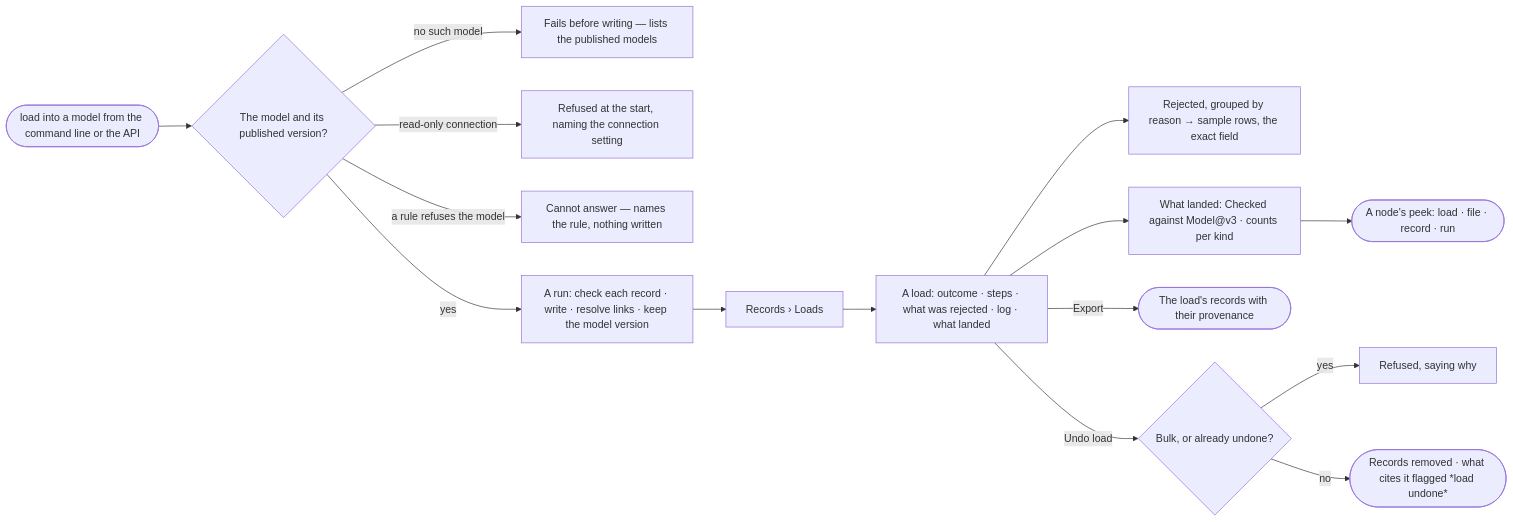
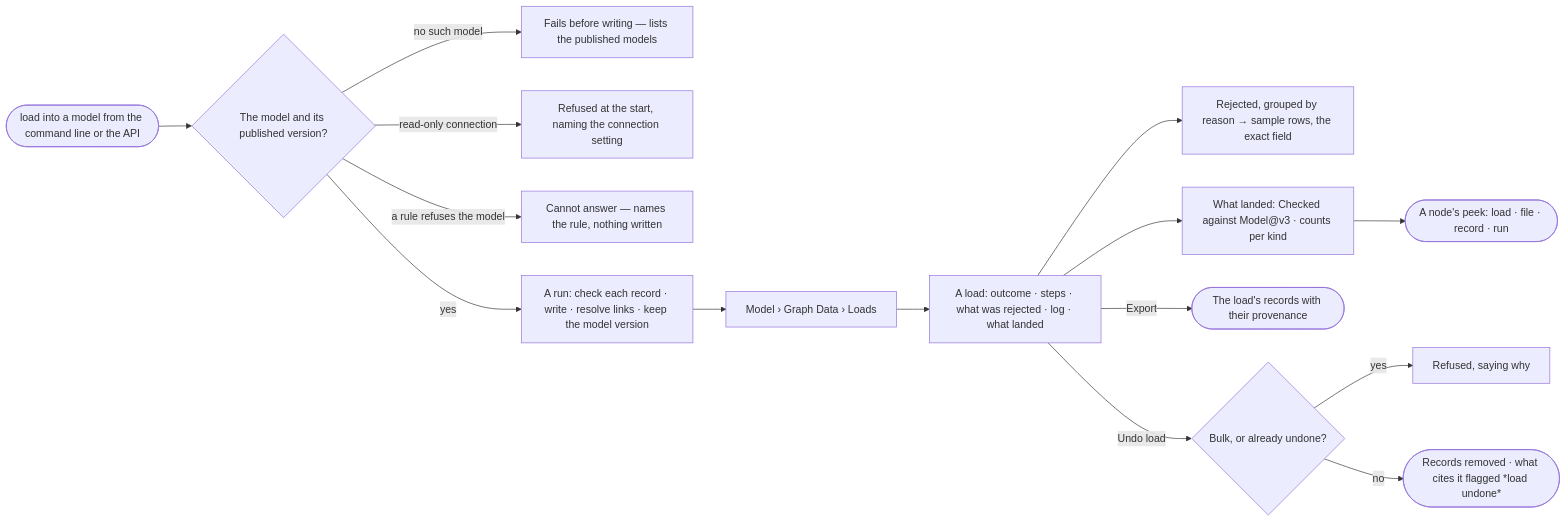
The diagram in specs/capabilities/records/features/RC-F02-bring-records-in/stories/RC-09-see-every-load-and-what-it-rejected/story.md (invana/invana), drawn with Mermaid before and after one commit. The commit also changed 133 other files, not shown here.

````diff
--- a/specs/capabilities/records/features/RC-F02-bring-records-in/stories/RC-09-see-every-load-and-what-it-rejected/story.md
+++ b/specs/capabilities/records/features/RC-F02-bring-records-in/stories/RC-09-see-every-load-and-what-it-rejected/story.md
@@ -29,17 +29,17 @@
 ```mermaid
 flowchart LR
   c([load into a model from the command line or the API]) --> mv{"The model and its published version?"}
   mv -->|no such model| x1["Fails before writing — lists the published models"]
   mv -->|read-only connection| x2["Refused at the start, naming the connection setting"]
   mv -->|a rule refuses the model| x3["Cannot answer — names the rule, nothing written"]
   mv -->|yes| r["A run: check each record · write · resolve links · keep the model version"]
-  r --> imp["Records › Loads"]
+  r --> imp["Model › Graph Data › Loads"]
   imp --> o["A load: outcome · steps · what was rejected · log · what landed"]
   o --> rj["Rejected, grouped by reason → sample rows, the exact field"]
   o --> wl["What landed: Checked against Model@v3 · counts per kind"]
   wl --> nd(["A node's peek: load · file · record · run"])
   o -->|Export| ex(["The load's records with their provenance"])
   o -->|Undo load| ud{"Bulk, or already undone?"}
   ud -->|yes| udx["Refused, saying why"]
   ud -->|no| udo(["Records removed · what cites it flagged *load undone*"])
 ```
````
